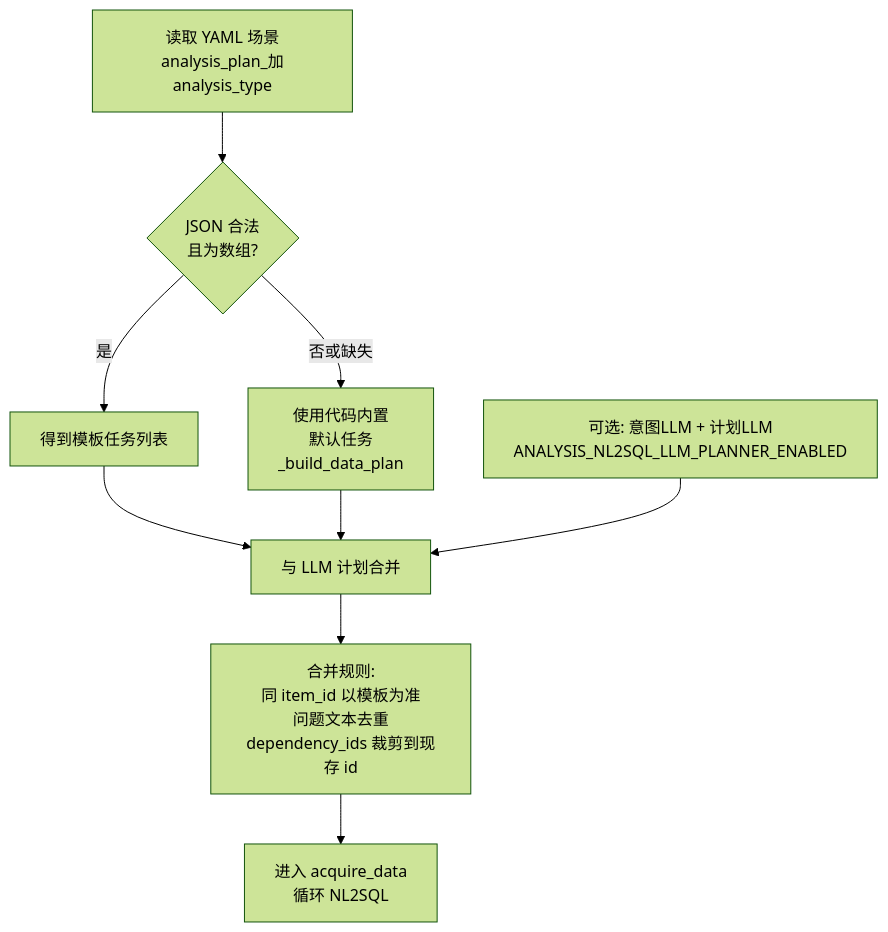
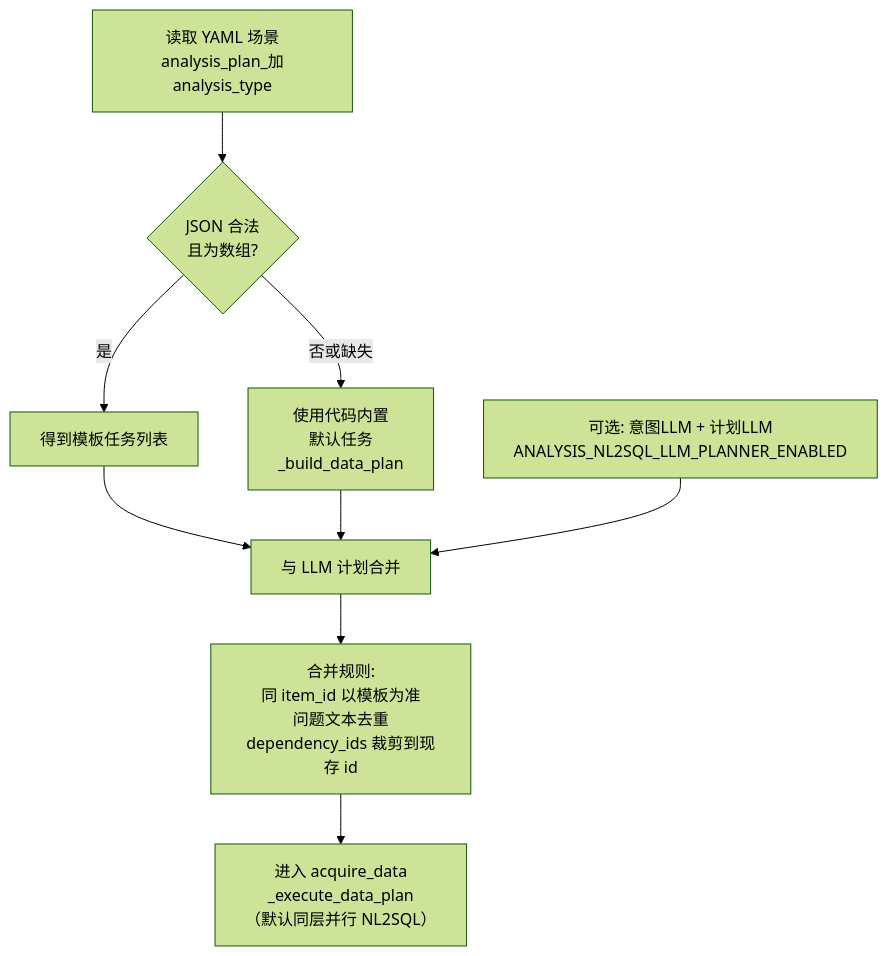
The seventh of 8 diagrams in enterprise-level_transformation_docs/企业级综合分析实现和使用说明.md (gaocf888/models_app_framework), drawn with Mermaid (forest theme) before and after one commit. The commit also changed other lines of this file and 15 other files, not shown here.

Commit message:
优化 综合分析-超温分析/看图诊断

````diff
--- a/enterprise-level_transformation_docs/企业级综合分析实现和使用说明.md
+++ b/enterprise-level_transformation_docs/企业级综合分析实现和使用说明.md
@@ -184,11 +188,11 @@
 ```mermaid
 flowchart TB
     T["读取 YAML 场景\nanalysis_plan_加analysis_type"] --> J{JSON 合法\n且为数组?}
     J -->|是| TM["得到模板任务列表"]
     J -->|否或缺失| FB["使用代码内置\n默认任务\n_build_data_plan"]
     TM --> M["与 LLM 计划合并"]
     FB --> M
     LLM["可选: 意图LLM + 计划LLM\nANALYSIS_NL2SQL_LLM_PLANNER_ENABLED"] --> M
     M --> RULE["合并规则:\n同 item_id 以模板为准\n问题文本去重\ndependency_ids 裁剪到现存 id"]
-    RULE --> NL["进入 acquire_data\n循环 NL2SQL"]
+    RULE --> NL["进入 acquire_data\n_execute_data_plan\n（默认同层并行 NL2SQL）"]
 ```
````
